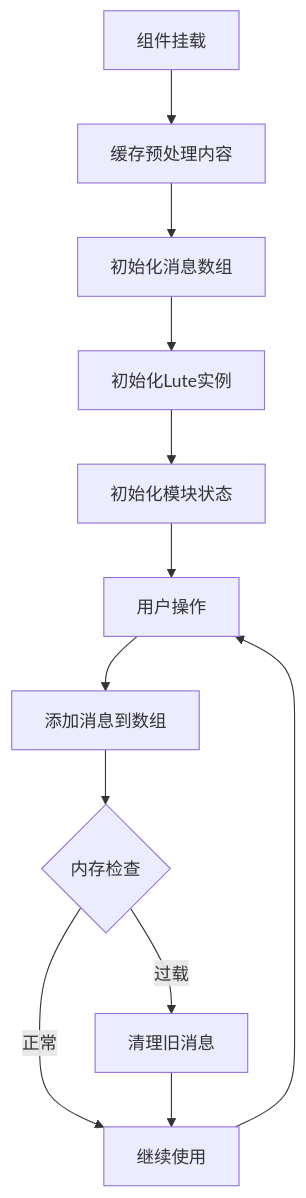
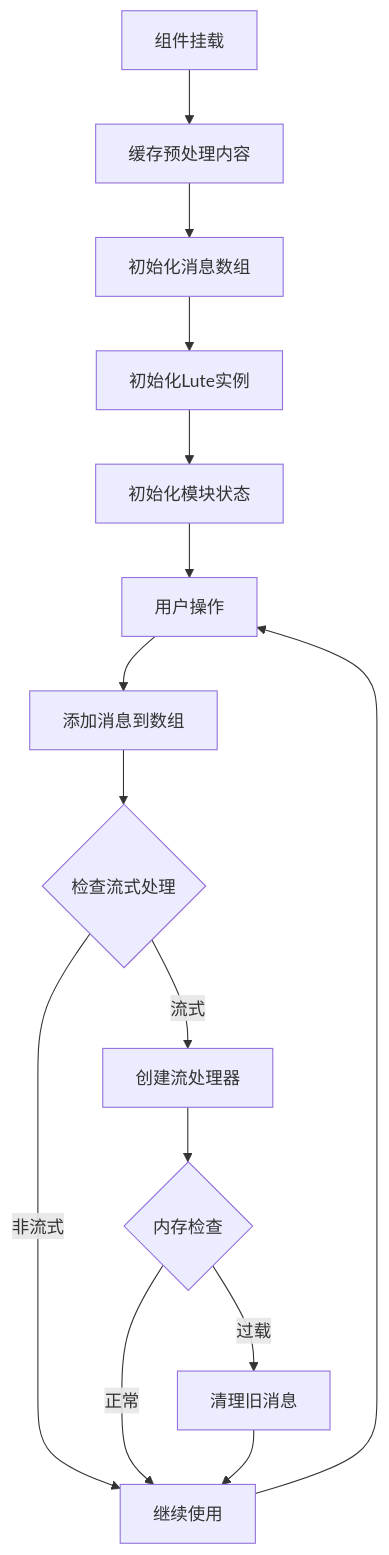
Before and after one commit to terwer/siyuan-plugin-blog: diagram 47 of 48 in .qoder/repowiki/zh/content/核心功能/AI助手系统.md, drawn with Mermaid. The commit also changed other lines of this file and 3 other files, not shown here.

````diff
--- a/.qoder/repowiki/zh/content/核心功能/AI助手系统.md
+++ b/.qoder/repowiki/zh/content/核心功能/AI助手系统.md
@@ -1182,14 +1566,17 @@
 ```mermaid
 flowchart TD
 Mount[组件挂载] --> CacheContent[缓存预处理内容]
 CacheContent --> InitMessages[初始化消息数组]
 InitMessages --> InitLute[初始化Lute实例]
 InitLute --> InitModules[初始化模块状态]
 InitModules --> UserAction[用户操作]
 UserAction --> AddMessage[添加消息到数组]
-AddMessage --> MemoryCheck{内存检查}
-MemoryCheck --> |正常| Continue[继续使用]
+AddMessage --> CheckStream{检查流式处理}
+CheckStream --> |流式| StreamProcessor[创建流处理器]
+CheckStream --> |非流式| Continue[继续使用]
+StreamProcessor --> MemoryCheck{内存检查}
+MemoryCheck --> |正常| Continue
 MemoryCheck --> |过载| Cleanup[清理旧消息]
 Cleanup --> Continue
 Continue --> UserAction
 ```
````
